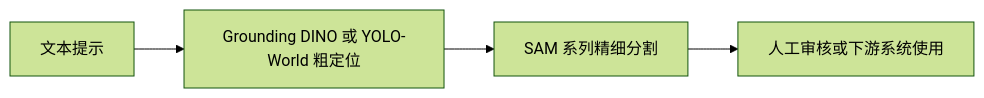
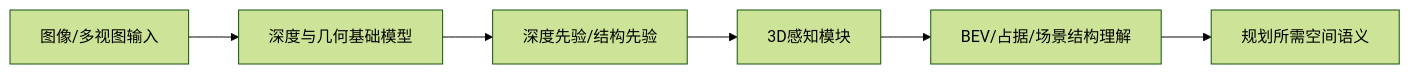
Before and after one commit to qwefvb/Autonomous-Driving-From-Zero: the seventh of 10 diagrams in docs/05_大模型基础/5.2_视觉基础大模型.md, drawn with Mermaid (forest theme). The commit also changed other lines of this file and 7 other files, not shown here.

````diff
--- a/docs/05_大模型基础/5.2_视觉基础大模型.md
+++ b/docs/05_大模型基础/5.2_视觉基础大模型.md
@@ -407,6 +561,8 @@
 ```mermaid
 graph LR
-    A[文本提示] --> B[Grounding DINO 或 YOLO-World 粗定位]
-    B --> C[SAM 系列精细分割]
-    C --> D[人工审核或下游系统使用]
+    A[图像/多视图输入] --> B[深度与几何基础模型]
+    B --> C[深度先验/结构先验]
+    C --> D[3D感知模块]
+    D --> E[BEV/占据/场景结构理解]
+    E --> F[规划所需空间语义]
 ```
````
